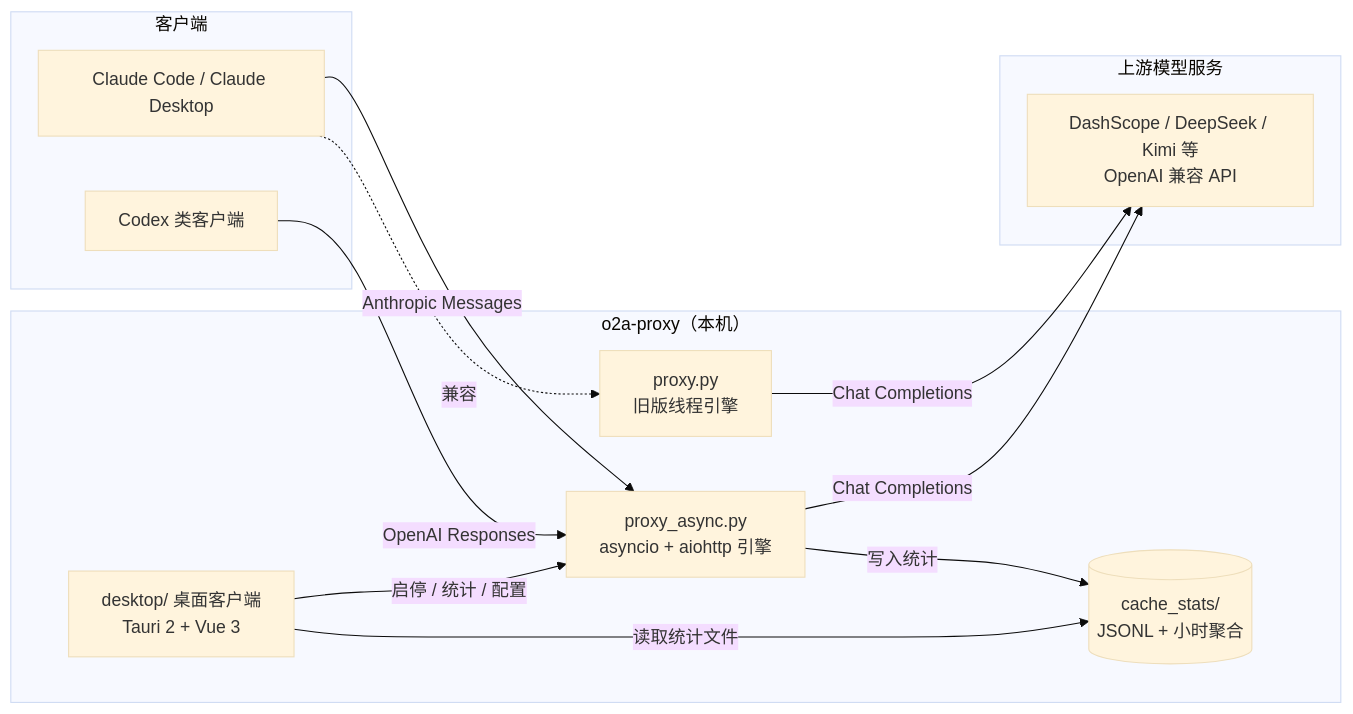
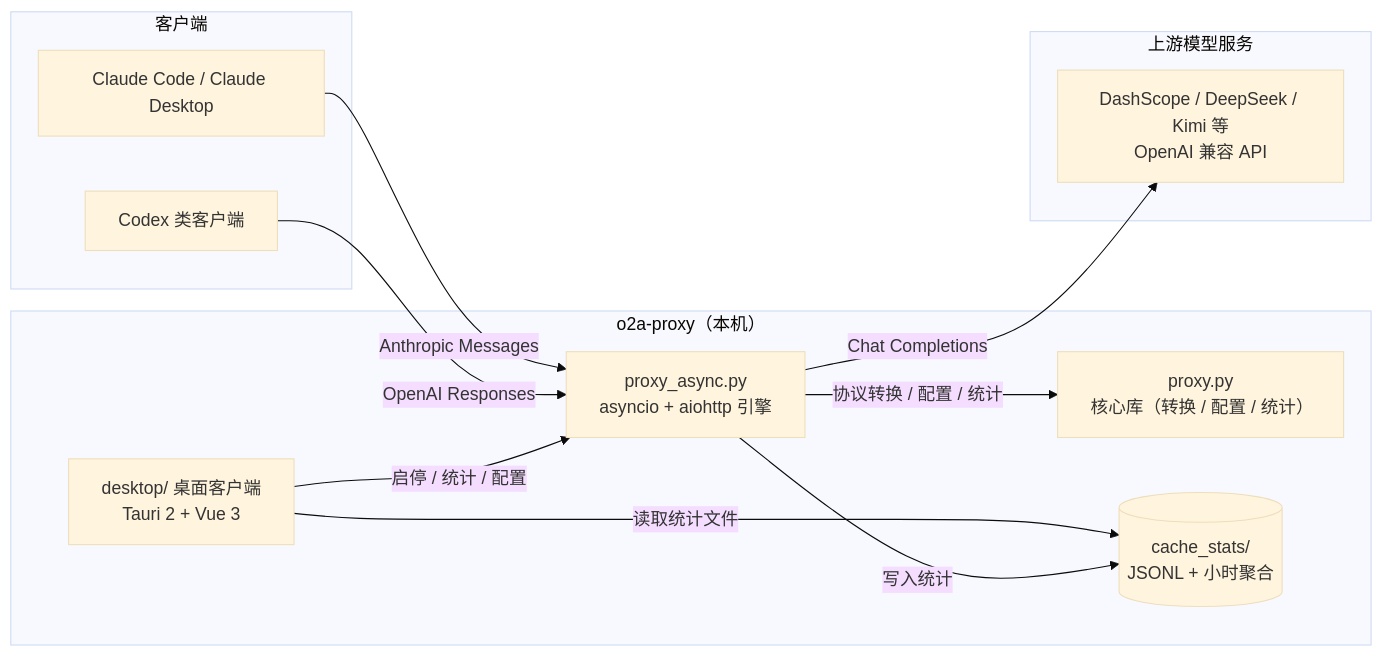
Before and after one commit to Peter-Lpt/o2a-proxy: the diagram in README.md, drawn with Mermaid (base theme). The commit also changed other lines of this file and 12 other files, not shown here.

````diff
--- a/README.md
+++ b/README.md
@@ -18,24 +18,23 @@
 ```mermaid
 flowchart LR
     subgraph Client["客户端"]
         CC["Claude Code / Claude Desktop"]
         CX["Codex 类客户端"]
     end
     subgraph Proxy["o2a-proxy（本机）"]
         DESK["desktop/ 桌面客户端<br/>Tauri 2 + Vue 3"]
         ASYNC["proxy_async.py<br/>asyncio + aiohttp 引擎"]
-        LEGACY["proxy.py<br/>旧版线程引擎"]
+        CORE["proxy.py<br/>核心库（转换 / 配置 / 统计）"]
         STATS[("cache_stats/<br/>JSONL + 小时聚合")]
     end
     subgraph Upstream["上游模型服务"]
         DS["DashScope / DeepSeek / Kimi 等<br/>OpenAI 兼容 API"]
     end
     CC -- "Anthropic Messages" --> ASYNC
     CX -- "OpenAI Responses" --> ASYNC
-    CC -. 兼容 .-> LEGACY
+    ASYNC -- "协议转换 / 配置 / 统计" --> CORE
     ASYNC -- "Chat Completions" --> DS
-    LEGACY -- "Chat Completions" --> DS
     DESK -- "启停 / 统计 / 配置" --> ASYNC
     DESK -- "读取统计文件" --> STATS
     ASYNC -- "写入统计" --> STATS
 ```
````
